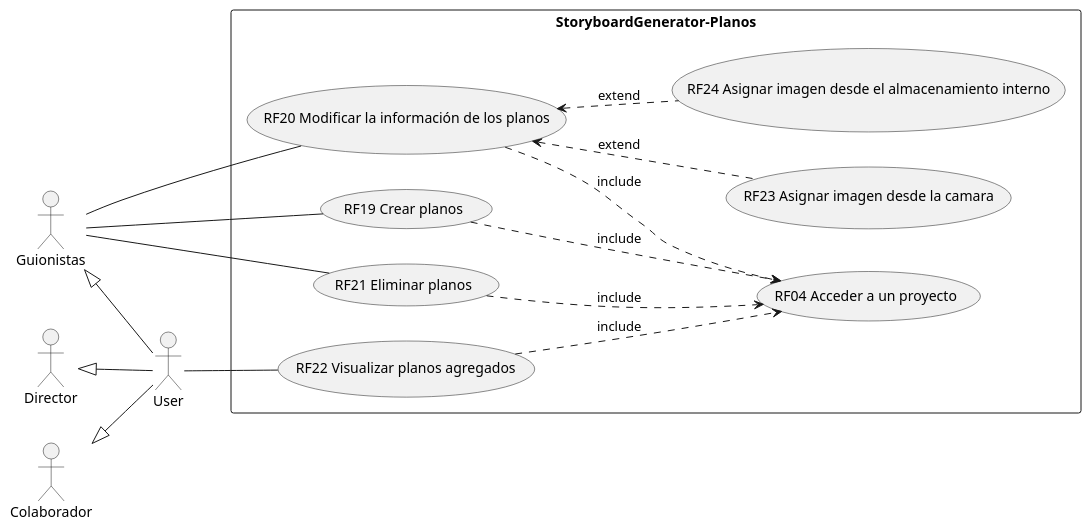
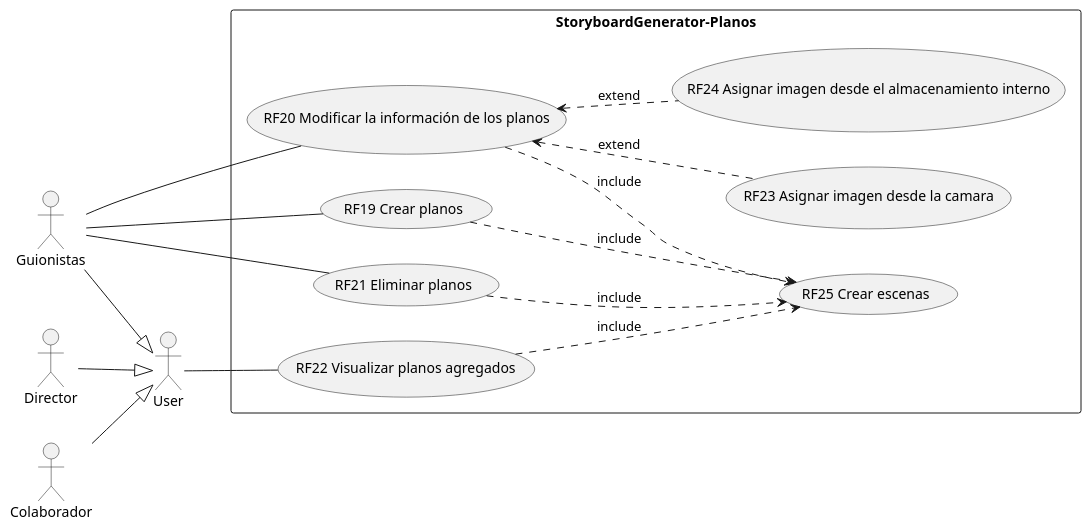
One commit to Erick-Parrado/Storyboard-Generator-Diagramas changed the diagram in casos de uso/planos.puml. Above: the diagram before and after it, drawn with PlantUML. The commit also changed 3 other files, not shown here.

```diff
--- a/casos de uso/planos.puml
+++ b/casos de uso/planos.puml
@@ -1,36 +1,36 @@
 @startuml StoryboarGenerator-CDS
 
     left to right direction
     skinparam packageStyle rectangle
 
     actor Director as Dr
     actor Guionistas as Gn
     actor Colaborador as Cl
     actor User as Us
 
     rectangle StoryboardGenerator-Planos{
-        usecase "RF04 Acceder a un proyecto" as RF04
+        usecase "RF25 Crear escenas" as RF25
         usecase "RF19 Crear planos" as RF19
         usecase "RF20 Modificar la información de los planos" as RF20
         usecase "RF21 Eliminar planos" as RF21
         usecase "RF22 Visualizar planos agregados" as RF22
         usecase "RF23 Asignar imagen desde la camara" as RF23
         usecase "RF24 Asignar imagen desde el almacenamiento interno" as RF24
     }
 
-    Dr <|-down- Us
-    Gn <|-down- Us
-    Cl <|-down- Us
+    Dr -down-|> Us
+    Gn -down-|> Us
+    Cl -down-|> Us
     Gn -- RF19
     Gn -- RF20
     Gn -- RF21
     Us -- RF22
 
-    RF19 ..> RF04:include
-    RF20 ..> RF04:include
-    RF21 ..> RF04:include
-    RF22 ..> RF04:include
+    RF19 ..> RF25:include
+    RF20 ..> RF25:include
+    RF21 ..> RF25:include
+    RF22 ..> RF25:include
     RF23 .up.> RF20:extend
     RF24 .up.> RF20:extend
 
 @enduml
```
